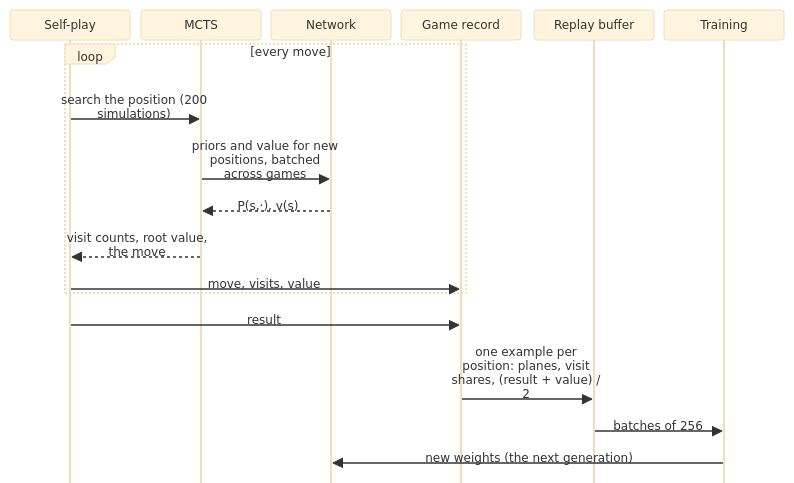
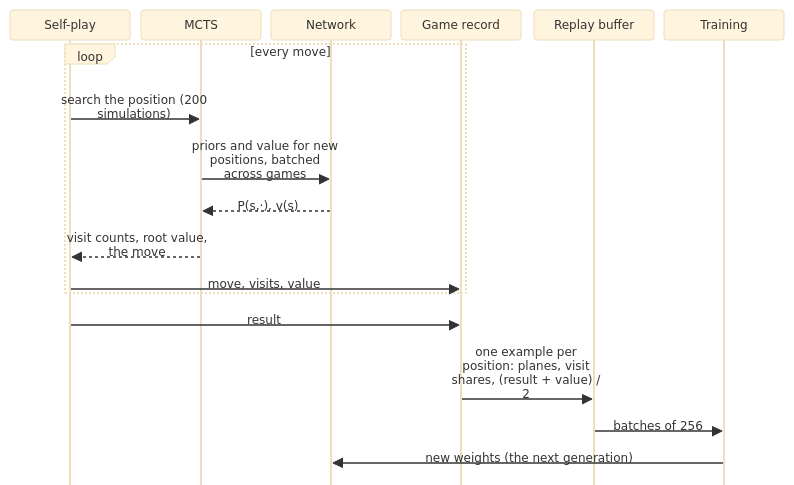
Before and after one commit to Aditya-00786/csf407-fable-chaturanga-zero: the second of 2 diagrams in docs/ARCHITECTURE.md, drawn with Mermaid (base theme). The commit also changed 1 other file, not shown here.

Commit message:
docs: a shorter diagram of a run on a server
The run-on-a-server sequence is 817 x 516 px (was 796 x 590): 11px
text, each lane as wide as its messages so they keep to one line (the
long one breaks once), and no blank margin at the sides. Every label
stays clear of the step numbers. The game-to-training-data sequence
loses its blank side margins too: 790 x 463 (was 874 x 459).

````diff
--- a/docs/ARCHITECTURE.md
+++ b/docs/ARCHITECTURE.md
@@ -55,21 +55,21 @@
 ```mermaid
-%%{init: {"fontSize": 12, "sequence": {"wrap": true, "width": 120, "height": 30, "actorMargin": 10, "messageMargin": 10, "boxMargin": 4, "noteMargin": 4, "mirrorActors": false}}}%%
+%%{init: {"fontSize": 12, "sequence": {"wrap": true, "width": 120, "height": 30, "actorMargin": 10, "messageMargin": 10, "boxMargin": 4, "noteMargin": 4, "mirrorActors": false, "diagramMarginX": 8, "diagramMarginY": 12}}}%%
 sequenceDiagram
     participant SP as Self-play
     participant M as MCTS
     participant N as Network
     participant R as Game record
     participant B as Replay buffer
     participant T as Training
     loop every move
         SP->>M: search the position (200 simulations)
         M->>N: priors and value for new positions, batched across games
         N-->>M: P(s,·), v(s)
         M-->>SP: visit counts, root value, the move
         SP->>R: move, visits, value
     end
     SP->>R: result
     R->>B: one example per position: planes, visit shares, (result + value) / 2
     B->>T: batches of 256
     T->>N: new weights (the next generation)
 ```
````
